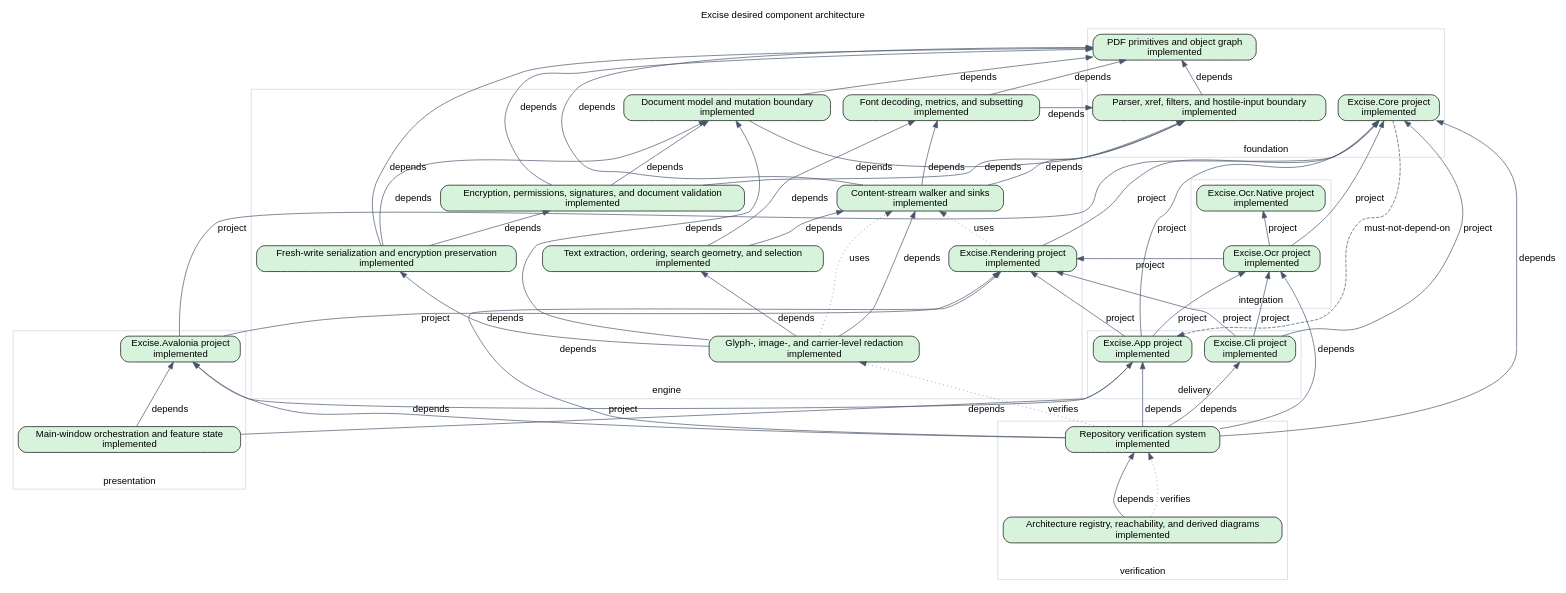
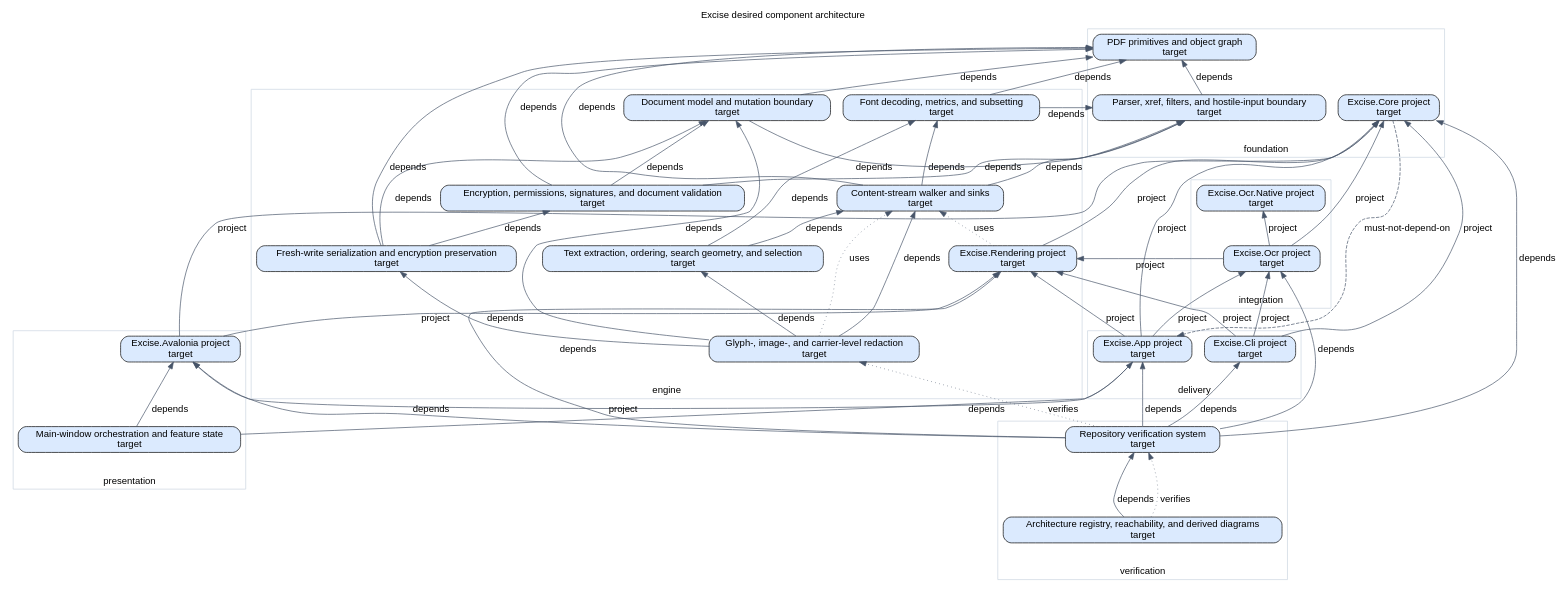
Before and after one commit to marctjones/excise: the diagram in architecture/generated/target-components.dot, drawn with Graphviz. The commit also changed 14 other files, not shown here.

Commit message:
feat(architecture): normalize design and evidence registries (#1247)

```diff
--- a/architecture/generated/target-components.dot
+++ b/architecture/generated/target-components.dot
@@ -1,96 +1,96 @@
 // Generated by scripts/check_architecture_registry.py. Do not edit by hand.
 digraph excise_architecture {
   graph [rankdir=BT, fontname="Helvetica", labelloc=t, label="Excise desired component architecture"];
   node [shape=box, style="rounded,filled", fontname="Helvetica"];
   edge [fontname="Helvetica", color="#475569"];
   subgraph cluster_delivery {
     label="delivery";
     color="#cbd5e1";
-    "app" [label="Excise.App project\nimplemented", fillcolor="#d8f3dc"];
-    "cli" [label="Excise.Cli project\nimplemented", fillcolor="#d8f3dc"];
+    "app" [label="Excise.App project\ntarget", fillcolor="#dbeafe"];
+    "cli" [label="Excise.Cli project\ntarget", fillcolor="#dbeafe"];
   }
   subgraph cluster_engine {
     label="engine";
     color="#cbd5e1";
-    "core-content" [label="Content-stream walker and sinks\nimplemented", fillcolor="#d8f3dc"];
-    "core-document" [label="Document model and mutation boundary\nimplemented", fillcolor="#d8f3dc"];
-    "core-fonts" [label="Font decoding, metrics, and subsetting\nimplemented", fillcolor="#d8f3dc"];
-    "core-redaction" [label="Glyph-, image-, and carrier-level redaction\nimplemented", fillcolor="#d8f3dc"];
-    "core-security" [label="Encryption, permissions, signatures, and document validation\nimplemented", fillcolor="#d8f3dc"];
-    "core-text" [label="Text extraction, ordering, search geometry, and selection\nimplemented", fillcolor="#d8f3dc"];
-    "core-writing" [label="Fresh-write serialization and encryption preservation\nimplemented", fillcolor="#d8f3dc"];
-    "rendering" [label="Excise.Rendering project\nimplemented", fillcolor="#d8f3dc"];
+    "core-content" [label="Content-stream walker and sinks\ntarget", fillcolor="#dbeafe"];
+    "core-document" [label="Document model and mutation boundary\ntarget", fillcolor="#dbeafe"];
+    "core-fonts" [label="Font decoding, metrics, and subsetting\ntarget", fillcolor="#dbeafe"];
+    "core-redaction" [label="Glyph-, image-, and carrier-level redaction\ntarget", fillcolor="#dbeafe"];
+    "core-security" [label="Encryption, permissions, signatures, and document validation\ntarget", fillcolor="#dbeafe"];
+    "core-text" [label="Text extraction, ordering, search geometry, and selection\ntarget", fillcolor="#dbeafe"];
+    "core-writing" [label="Fresh-write serialization and encryption preservation\ntarget", fillcolor="#dbeafe"];
+    "rendering" [label="Excise.Rendering project\ntarget", fillcolor="#dbeafe"];
   }
   subgraph cluster_foundation {
     label="foundation";
     color="#cbd5e1";
-    "core" [label="Excise.Core project\nimplemented", fillcolor="#d8f3dc"];
-    "core-parsing" [label="Parser, xref, filters, and hostile-input boundary\nimplemented", fillcolor="#d8f3dc"];
-    "core-primitives" [label="PDF primitives and object graph\nimplemented", fillcolor="#d8f3dc"];
+    "core" [label="Excise.Core project\ntarget", fillcolor="#dbeafe"];
+    "core-parsing" [label="Parser, xref, filters, and hostile-input boundary\ntarget", fillcolor="#dbeafe"];
+    "core-primitives" [label="PDF primitives and object graph\ntarget", fillcolor="#dbeafe"];
   }
   subgraph cluster_integration {
     label="integration";
     color="#cbd5e1";
-    "ocr" [label="Excise.Ocr project\nimplemented", fillcolor="#d8f3dc"];
-    "ocr-native" [label="Excise.Ocr.Native project\nimplemented", fillcolor="#d8f3dc"];
+    "ocr" [label="Excise.Ocr project\ntarget", fillcolor="#dbeafe"];
+    "ocr-native" [label="Excise.Ocr.Native project\ntarget", fillcolor="#dbeafe"];
   }
   subgraph cluster_presentation {
     label="presentation";
     color="#cbd5e1";
-    "app-main-window" [label="Main-window orchestration and feature state\nimplemented", fillcolor="#d8f3dc"];
-    "avalonia" [label="Excise.Avalonia project\nimplemented", fillcolor="#d8f3dc"];
+    "app-main-window" [label="Main-window orchestration and feature state\ntarget", fillcolor="#dbeafe"];
+    "avalonia" [label="Excise.Avalonia project\ntarget", fillcolor="#dbeafe"];
   }
   subgraph cluster_verification {
     label="verification";
     color="#cbd5e1";
-    "architecture-tooling" [label="Architecture registry, reachability, and derived diagrams\nimplemented", fillcolor="#d8f3dc"];
-    "verification" [label="Repository verification system\nimplemented", fillcolor="#d8f3dc"];
+    "architecture-tooling" [label="Architecture registry, reachability, and derived diagrams\ntarget", fillcolor="#dbeafe"];
+    "verification" [label="Repository verification system\ntarget", fillcolor="#dbeafe"];
   }
   "app" -> "avalonia" [label="project", style="solid"];
   "app" -> "core" [label="project", style="solid"];
   "app" -> "ocr" [label="project", style="solid"];
   "app" -> "rendering" [label="project", style="solid"];
   "app-main-window" -> "app" [label="depends", style="solid"];
   "app-main-window" -> "avalonia" [label="depends", style="solid"];
   "architecture-tooling" -> "verification" [label="depends", style="solid"];
   "architecture-tooling" -> "verification" [label="verifies", style="dotted"];
   "avalonia" -> "core" [label="project", style="solid"];
   "avalonia" -> "rendering" [label="project", style="solid"];
   "cli" -> "core" [label="project", style="solid"];
   "cli" -> "ocr" [label="project", style="solid"];
   "cli" -> "rendering" [label="project", style="solid"];
   "core" -> "app" [label="must-not-depend-on", style="dashed"];
   "core-content" -> "core-fonts" [label="depends", style="solid"];
   "core-content" -> "core-parsing" [label="depends", style="solid"];
   "core-content" -> "core-primitives" [label="depends", style="solid"];
   "core-document" -> "core-parsing" [label="depends", style="solid"];
   "core-document" -> "core-primitives" [label="depends", style="solid"];
   "core-fonts" -> "core-parsing" [label="depends", style="solid"];
   "core-fonts" -> "core-primitives" [label="depends", style="solid"];
   "core-parsing" -> "core-primitives" [label="depends", style="solid"];
   "core-redaction" -> "core-content" [label="depends", style="solid"];
   "core-redaction" -> "core-content" [label="uses", style="dotted"];
   "core-redaction" -> "core-document" [label="depends", style="solid"];
   "core-redaction" -> "core-text" [label="depends", style="solid"];
   "core-redaction" -> "core-writing" [label="depends", style="solid"];
   "core-security" -> "core-document" [label="depends", style="solid"];
   "core-security" -> "core-parsing" [label="depends", style="solid"];
   "core-security" -> "core-primitives" [label="depends", style="solid"];
   "core-text" -> "core-content" [label="depends", style="solid"];
   "core-text" -> "core-fonts" [label="depends", style="solid"];
   "core-writing" -> "core-document" [label="depends", style="solid"];
   "core-writing" -> "core-primitives" [label="depends", style="solid"];
   "core-writing" -> "core-security" [label="depends", style="solid"];
   "ocr" -> "core" [label="project", style="solid"];
   "ocr" -> "ocr-native" [label="project", style="solid"];
   "ocr" -> "rendering" [label="project", style="solid"];
   "rendering" -> "core" [label="project", style="solid"];
   "rendering" -> "core-content" [label="uses", style="dotted"];
   "verification" -> "app" [label="depends", style="solid"];
   "verification" -> "avalonia" [label="depends", style="solid"];
   "verification" -> "cli" [label="depends", style="solid"];
   "verification" -> "core" [label="depends", style="solid"];
   "verification" -> "core-redaction" [label="verifies", style="dotted"];
   "verification" -> "ocr" [label="depends", style="solid"];
   "verification" -> "rendering" [label="depends", style="solid"];
 }
```
